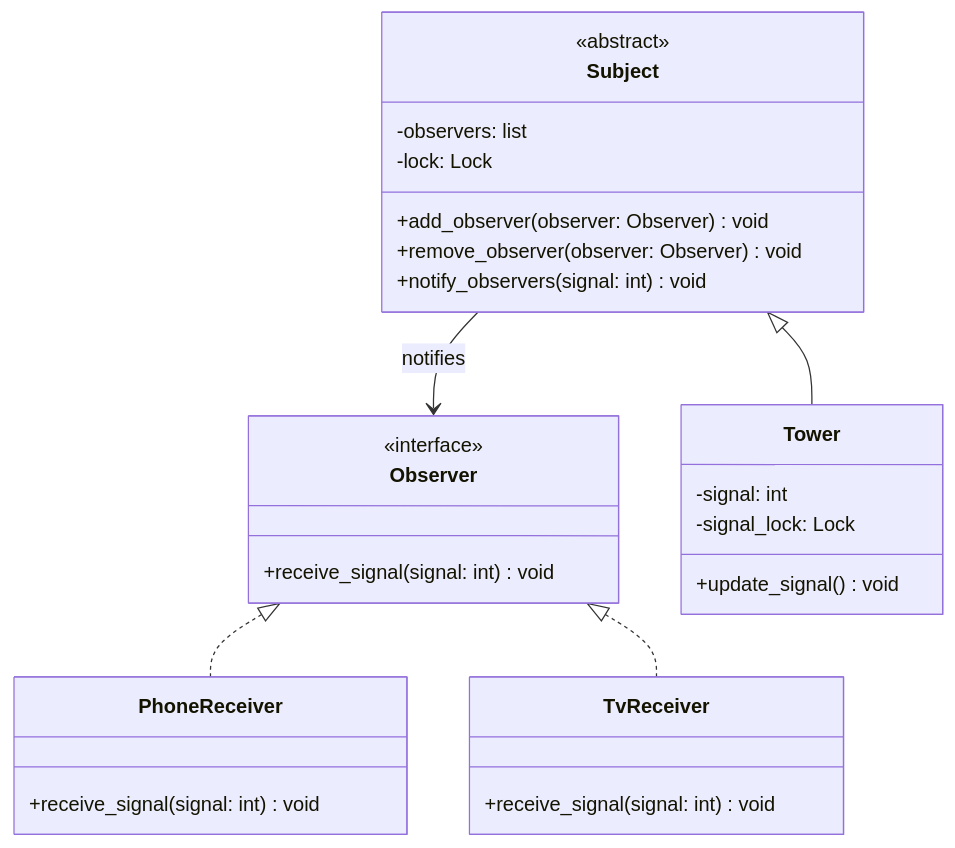
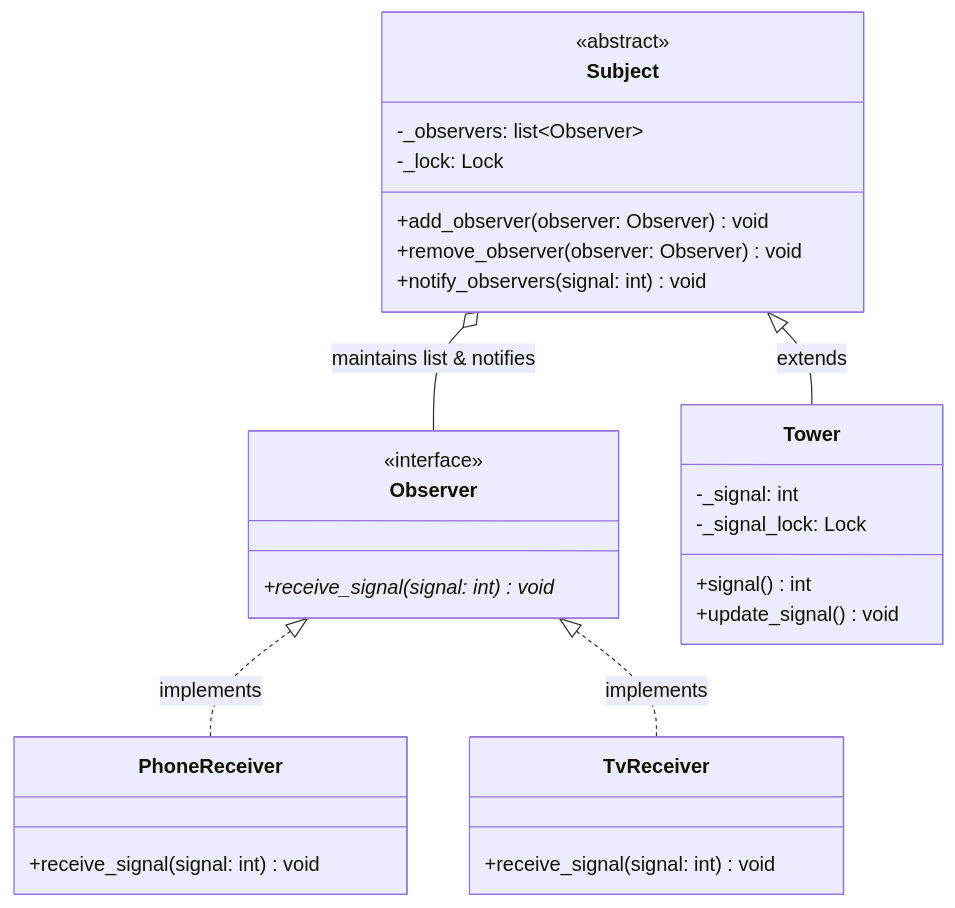
The first of 2 diagrams in observer/README.md (chahatsagarmain/lld), drawn with Mermaid before and after one commit. The commit also changed other lines of this file and 13 other files, not shown here.

````diff
--- a/observer/README.md
+++ b/observer/README.md
@@ -23,35 +42,36 @@
 ```mermaid
 classDiagram
     class Observer {
         <<interface>>
-        +receive_signal(signal: int) void
+        +receive_signal(signal: int)* void
     }
 
     class Subject {
         <<abstract>>
-        -observers: list
-        -lock: Lock
+        -_observers: list~Observer~
+        -_lock: Lock
         +add_observer(observer: Observer) void
         +remove_observer(observer: Observer) void
         +notify_observers(signal: int) void
     }
 
     class Tower {
-        -signal: int
-        -signal_lock: Lock
+        -_signal: int
+        -_signal_lock: Lock
+        +signal() int
         +update_signal() void
     }
 
     class PhoneReceiver {
         +receive_signal(signal: int) void
     }
 
     class TvReceiver {
         +receive_signal(signal: int) void
     }
 
-    Subject <|-- Tower
-    Observer <|.. PhoneReceiver
-    Observer <|.. TvReceiver
-    Subject --> Observer : notifies
+    Subject <|-- Tower : extends
+    Observer <|.. PhoneReceiver : implements
+    Observer <|.. TvReceiver : implements
+    Subject o-- Observer : maintains list & notifies
 ```
````
